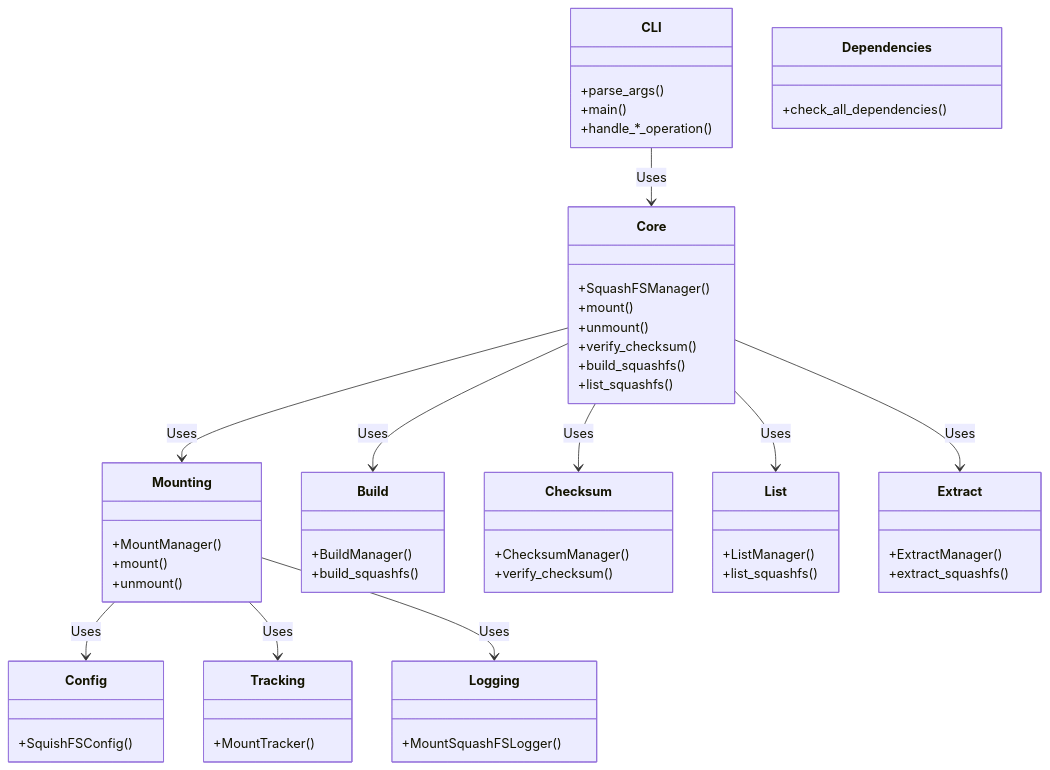
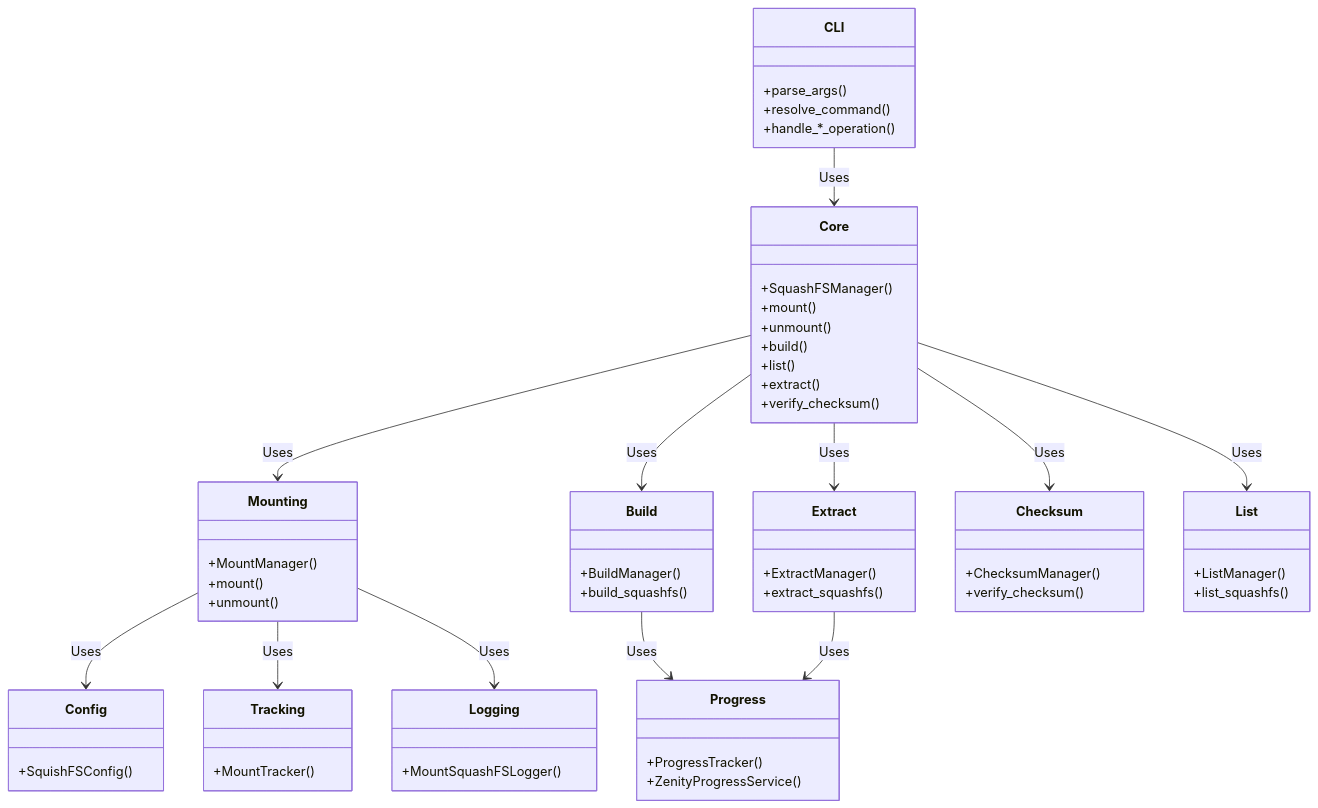
Before and after one commit to WombatFromHell/squashfs-archive-helper: the first of 5 diagrams in DESIGN.md, drawn with Mermaid. The commit also changed other lines of this file and 9 other files, not shown here.

Commit message:
Fixes for progress tracking when using `extract`

````diff
--- a/DESIGN.md
+++ b/DESIGN.md
@@ -20,69 +17,75 @@
 ```mermaid
 classDiagram
+    direction TB
+
     class CLI {
         +parse_args()
-        +main()
+        +resolve_command()
         +handle_*_operation()
     }
 
     class Core {
         +SquashFSManager()
         +mount()
         +unmount()
+        +build()
+        +list()
+        +extract()
         +verify_checksum()
-        +build_squashfs()
-        +list_squashfs()
     }
 
     class Mounting {
         +MountManager()
         +mount()
         +unmount()
     }
 
     class Build {
         +BuildManager()
         +build_squashfs()
     }
 
+    class Extract {
+        +ExtractManager()
+        +extract_squashfs()
+    }
+
     class Checksum {
         +ChecksumManager()
         +verify_checksum()
     }
 
     class List {
         +ListManager()
         +list_squashfs()
     }
 
-    class Extract {
-        +ExtractManager()
-        +extract_squashfs()
+    class Progress {
+        +ProgressTracker()
+        +ZenityProgressService()
     }
 
     class Config {
         +SquishFSConfig()
     }
 
     class Tracking {
         +MountTracker()
     }
 
     class Logging {
         +MountSquashFSLogger()
     }
 
-    class Dependencies {
-        +check_all_dependencies()
-    }
-
     CLI --> Core : Uses
     Core --> Mounting : Uses
     Core --> Build : Uses
+    Core --> Extract : Uses
     Core --> Checksum : Uses
     Core --> List : Uses
-    Core --> Extract : Uses
     Mounting --> Config : Uses
     Mounting --> Tracking : Uses
     Mounting --> Logging : Uses
+    Build --> Progress : Uses
+    Extract --> Progress : Uses
 ```
````
